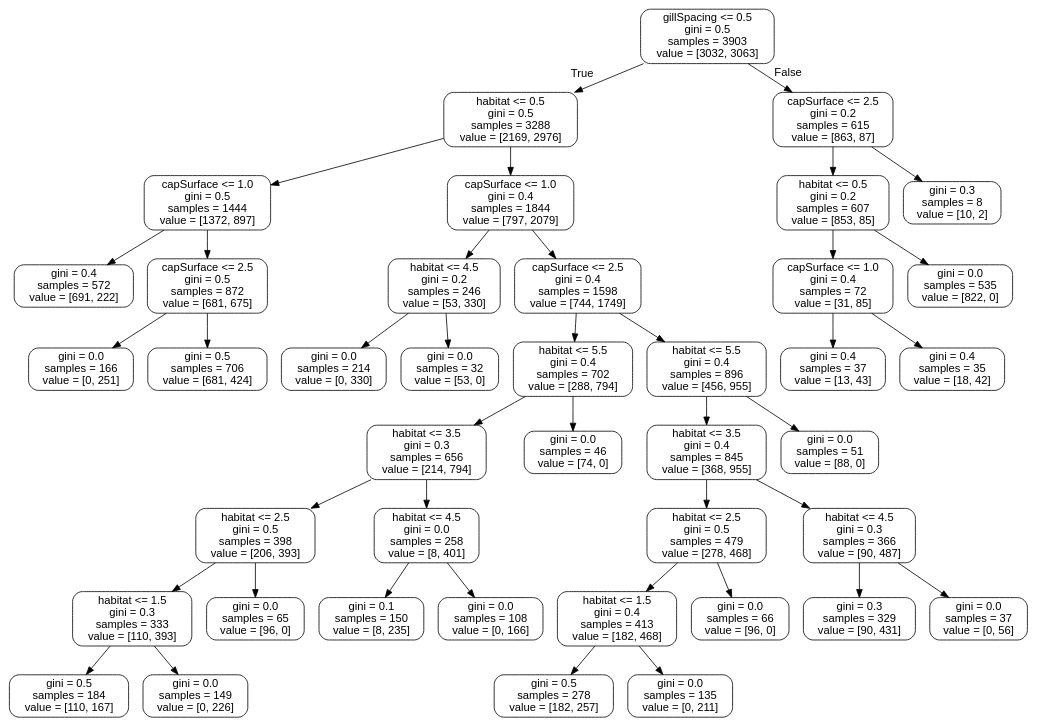
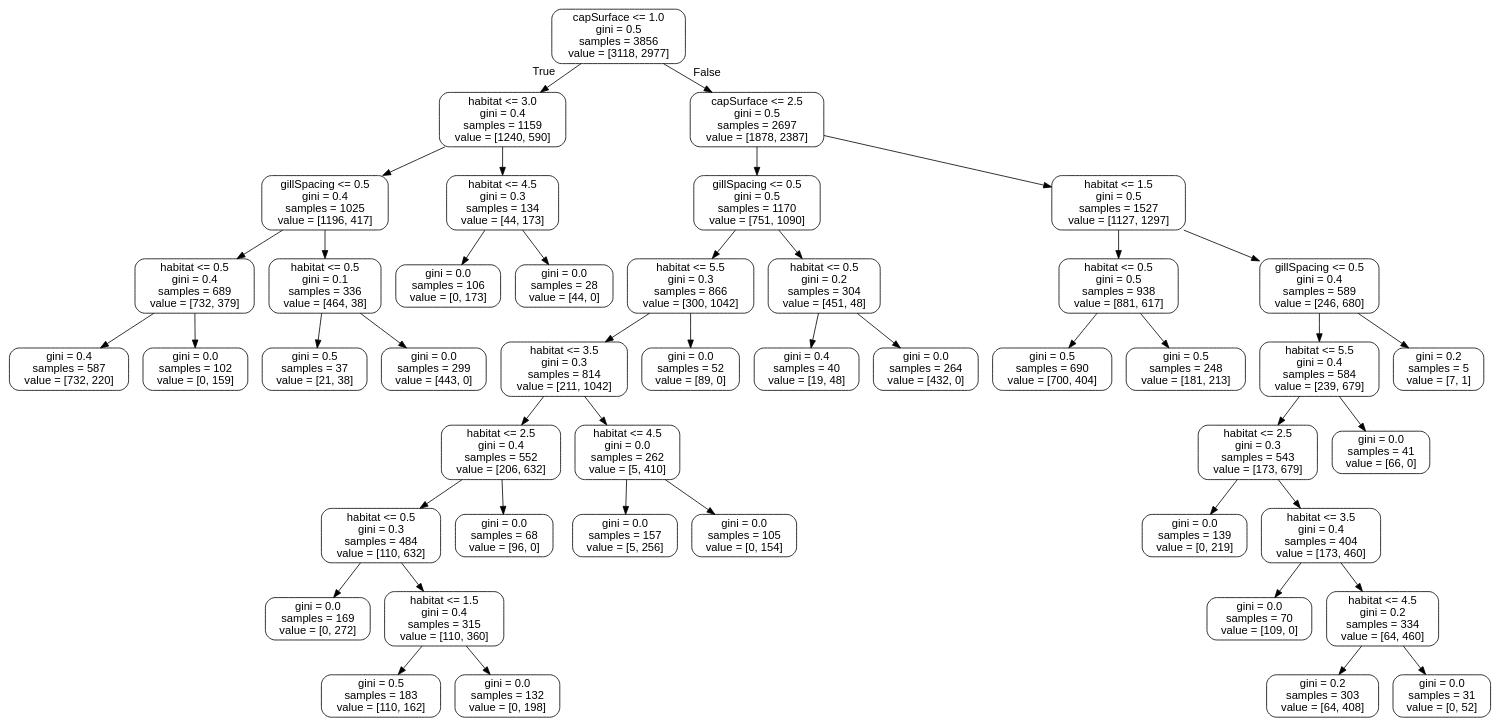
The diagram in tree.dot (williamhenderson02/ML-Coursework-2022), drawn with Graphviz before and after one commit. The commit also changed 3 other files, not shown here.

```diff
--- a/tree.dot
+++ b/tree.dot
@@ -1,85 +1,93 @@
 digraph Tree {
 node [shape=box, style="rounded", color="black", fontname="helvetica"] ;
 edge [fontname="helvetica"] ;
-0 [label="gillSpacing <= 0.5\ngini = 0.5\nsamples = 3903\nvalue = [3032, 3063]"] ;
-1 [label="habitat <= 0.5\ngini = 0.5\nsamples = 3288\nvalue = [2169, 2976]"] ;
+0 [label="capSurface <= 1.0\ngini = 0.5\nsamples = 3856\nvalue = [3118, 2977]"] ;
+1 [label="habitat <= 3.0\ngini = 0.4\nsamples = 1159\nvalue = [1240, 590]"] ;
 0 -> 1 [labeldistance=2.5, labelangle=45, headlabel="True"] ;
-2 [label="capSurface <= 1.0\ngini = 0.5\nsamples = 1444\nvalue = [1372, 897]"] ;
+2 [label="gillSpacing <= 0.5\ngini = 0.4\nsamples = 1025\nvalue = [1196, 417]"] ;
 1 -> 2 ;
-3 [label="gini = 0.4\nsamples = 572\nvalue = [691, 222]"] ;
+3 [label="habitat <= 0.5\ngini = 0.4\nsamples = 689\nvalue = [732, 379]"] ;
 2 -> 3 ;
-4 [label="capSurface <= 2.5\ngini = 0.5\nsamples = 872\nvalue = [681, 675]"] ;
-2 -> 4 ;
-5 [label="gini = 0.0\nsamples = 166\nvalue = [0, 251]"] ;
-4 -> 5 ;
-6 [label="gini = 0.5\nsamples = 706\nvalue = [681, 424]"] ;
-4 -> 6 ;
-7 [label="capSurface <= 1.0\ngini = 0.4\nsamples = 1844\nvalue = [797, 2079]"] ;
-1 -> 7 ;
-8 [label="habitat <= 4.5\ngini = 0.2\nsamples = 246\nvalue = [53, 330]"] ;
-7 -> 8 ;
-9 [label="gini = 0.0\nsamples = 214\nvalue = [0, 330]"] ;
-8 -> 9 ;
-10 [label="gini = 0.0\nsamples = 32\nvalue = [53, 0]"] ;
-8 -> 10 ;
-11 [label="capSurface <= 2.5\ngini = 0.4\nsamples = 1598\nvalue = [744, 1749]"] ;
-7 -> 11 ;
-12 [label="habitat <= 5.5\ngini = 0.4\nsamples = 702\nvalue = [288, 794]"] ;
-11 -> 12 ;
-13 [label="habitat <= 3.5\ngini = 0.3\nsamples = 656\nvalue = [214, 794]"] ;
+4 [label="gini = 0.4\nsamples = 587\nvalue = [732, 220]"] ;
+3 -> 4 ;
+5 [label="gini = 0.0\nsamples = 102\nvalue = [0, 159]"] ;
+3 -> 5 ;
+6 [label="habitat <= 0.5\ngini = 0.1\nsamples = 336\nvalue = [464, 38]"] ;
+2 -> 6 ;
+7 [label="gini = 0.5\nsamples = 37\nvalue = [21, 38]"] ;
+6 -> 7 ;
+8 [label="gini = 0.0\nsamples = 299\nvalue = [443, 0]"] ;
+6 -> 8 ;
+9 [label="habitat <= 4.5\ngini = 0.3\nsamples = 134\nvalue = [44, 173]"] ;
+1 -> 9 ;
+10 [label="gini = 0.0\nsamples = 106\nvalue = [0, 173]"] ;
+9 -> 10 ;
+11 [label="gini = 0.0\nsamples = 28\nvalue = [44, 0]"] ;
+9 -> 11 ;
+12 [label="capSurface <= 2.5\ngini = 0.5\nsamples = 2697\nvalue = [1878, 2387]"] ;
+0 -> 12 [labeldistance=2.5, labelangle=-45, headlabel="False"] ;
+13 [label="gillSpacing <= 0.5\ngini = 0.5\nsamples = 1170\nvalue = [751, 1090]"] ;
 12 -> 13 ;
-14 [label="habitat <= 2.5\ngini = 0.5\nsamples = 398\nvalue = [206, 393]"] ;
+14 [label="habitat <= 5.5\ngini = 0.3\nsamples = 866\nvalue = [300, 1042]"] ;
 13 -> 14 ;
-15 [label="habitat <= 1.5\ngini = 0.3\nsamples = 333\nvalue = [110, 393]"] ;
+15 [label="habitat <= 3.5\ngini = 0.3\nsamples = 814\nvalue = [211, 1042]"] ;
 14 -> 15 ;
-16 [label="gini = 0.5\nsamples = 184\nvalue = [110, 167]"] ;
+16 [label="habitat <= 2.5\ngini = 0.4\nsamples = 552\nvalue = [206, 632]"] ;
 15 -> 16 ;
-17 [label="gini = 0.0\nsamples = 149\nvalue = [0, 226]"] ;
-15 -> 17 ;
-18 [label="gini = 0.0\nsamples = 65\nvalue = [96, 0]"] ;
-14 -> 18 ;
-19 [label="habitat <= 4.5\ngini = 0.0\nsamples = 258\nvalue = [8, 401]"] ;
-13 -> 19 ;
-20 [label="gini = 0.1\nsamples = 150\nvalue = [8, 235]"] ;
+17 [label="habitat <= 0.5\ngini = 0.3\nsamples = 484\nvalue = [110, 632]"] ;
+16 -> 17 ;
+18 [label="gini = 0.0\nsamples = 169\nvalue = [0, 272]"] ;
+17 -> 18 ;
+19 [label="habitat <= 1.5\ngini = 0.4\nsamples = 315\nvalue = [110, 360]"] ;
+17 -> 19 ;
+20 [label="gini = 0.5\nsamples = 183\nvalue = [110, 162]"] ;
 19 -> 20 ;
-21 [label="gini = 0.0\nsamples = 108\nvalue = [0, 166]"] ;
+21 [label="gini = 0.0\nsamples = 132\nvalue = [0, 198]"] ;
 19 -> 21 ;
-22 [label="gini = 0.0\nsamples = 46\nvalue = [74, 0]"] ;
-12 -> 22 ;
-23 [label="habitat <= 5.5\ngini = 0.4\nsamples = 896\nvalue = [456, 955]"] ;
-11 -> 23 ;
-24 [label="habitat <= 3.5\ngini = 0.4\nsamples = 845\nvalue = [368, 955]"] ;
+22 [label="gini = 0.0\nsamples = 68\nvalue = [96, 0]"] ;
+16 -> 22 ;
+23 [label="habitat <= 4.5\ngini = 0.0\nsamples = 262\nvalue = [5, 410]"] ;
+15 -> 23 ;
+24 [label="gini = 0.0\nsamples = 157\nvalue = [5, 256]"] ;
 23 -> 24 ;
-25 [label="habitat <= 2.5\ngini = 0.5\nsamples = 479\nvalue = [278, 468]"] ;
-24 -> 25 ;
-26 [label="habitat <= 1.5\ngini = 0.4\nsamples = 413\nvalue = [182, 468]"] ;
-25 -> 26 ;
-27 [label="gini = 0.5\nsamples = 278\nvalue = [182, 257]"] ;
-26 -> 27 ;
-28 [label="gini = 0.0\nsamples = 135\nvalue = [0, 211]"] ;
-26 -> 28 ;
-29 [label="gini = 0.0\nsamples = 66\nvalue = [96, 0]"] ;
-25 -> 29 ;
-30 [label="habitat <= 4.5\ngini = 0.3\nsamples = 366\nvalue = [90, 487]"] ;
-24 -> 30 ;
-31 [label="gini = 0.3\nsamples = 329\nvalue = [90, 431]"] ;
+25 [label="gini = 0.0\nsamples = 105\nvalue = [0, 154]"] ;
+23 -> 25 ;
+26 [label="gini = 0.0\nsamples = 52\nvalue = [89, 0]"] ;
+14 -> 26 ;
+27 [label="habitat <= 0.5\ngini = 0.2\nsamples = 304\nvalue = [451, 48]"] ;
+13 -> 27 ;
+28 [label="gini = 0.4\nsamples = 40\nvalue = [19, 48]"] ;
+27 -> 28 ;
+29 [label="gini = 0.0\nsamples = 264\nvalue = [432, 0]"] ;
+27 -> 29 ;
+30 [label="habitat <= 1.5\ngini = 0.5\nsamples = 1527\nvalue = [1127, 1297]"] ;
+12 -> 30 ;
+31 [label="habitat <= 0.5\ngini = 0.5\nsamples = 938\nvalue = [881, 617]"] ;
 30 -> 31 ;
-32 [label="gini = 0.0\nsamples = 37\nvalue = [0, 56]"] ;
-30 -> 32 ;
-33 [label="gini = 0.0\nsamples = 51\nvalue = [88, 0]"] ;
-23 -> 33 ;
-34 [label="capSurface <= 2.5\ngini = 0.2\nsamples = 615\nvalue = [863, 87]"] ;
-0 -> 34 [labeldistance=2.5, labelangle=-45, headlabel="False"] ;
-35 [label="habitat <= 0.5\ngini = 0.2\nsamples = 607\nvalue = [853, 85]"] ;
+32 [label="gini = 0.5\nsamples = 690\nvalue = [700, 404]"] ;
+31 -> 32 ;
+33 [label="gini = 0.5\nsamples = 248\nvalue = [181, 213]"] ;
+31 -> 33 ;
+34 [label="gillSpacing <= 0.5\ngini = 0.4\nsamples = 589\nvalue = [246, 680]"] ;
+30 -> 34 ;
+35 [label="habitat <= 5.5\ngini = 0.4\nsamples = 584\nvalue = [239, 679]"] ;
 34 -> 35 ;
-36 [label="capSurface <= 1.0\ngini = 0.4\nsamples = 72\nvalue = [31, 85]"] ;
+36 [label="habitat <= 2.5\ngini = 0.3\nsamples = 543\nvalue = [173, 679]"] ;
 35 -> 36 ;
-37 [label="gini = 0.4\nsamples = 37\nvalue = [13, 43]"] ;
+37 [label="gini = 0.0\nsamples = 139\nvalue = [0, 219]"] ;
 36 -> 37 ;
-38 [label="gini = 0.4\nsamples = 35\nvalue = [18, 42]"] ;
+38 [label="habitat <= 3.5\ngini = 0.4\nsamples = 404\nvalue = [173, 460]"] ;
 36 -> 38 ;
-39 [label="gini = 0.0\nsamples = 535\nvalue = [822, 0]"] ;
-35 -> 39 ;
-40 [label="gini = 0.3\nsamples = 8\nvalue = [10, 2]"] ;
-34 -> 40 ;
+39 [label="gini = 0.0\nsamples = 70\nvalue = [109, 0]"] ;
+38 -> 39 ;
+40 [label="habitat <= 4.5\ngini = 0.2\nsamples = 334\nvalue = [64, 460]"] ;
+38 -> 40 ;
+41 [label="gini = 0.2\nsamples = 303\nvalue = [64, 408]"] ;
+40 -> 41 ;
+42 [label="gini = 0.0\nsamples = 31\nvalue = [0, 52]"] ;
+40 -> 42 ;
+43 [label="gini = 0.0\nsamples = 41\nvalue = [66, 0]"] ;
+35 -> 43 ;
+44 [label="gini = 0.2\nsamples = 5\nvalue = [7, 1]"] ;
+34 -> 44 ;
 }
```
